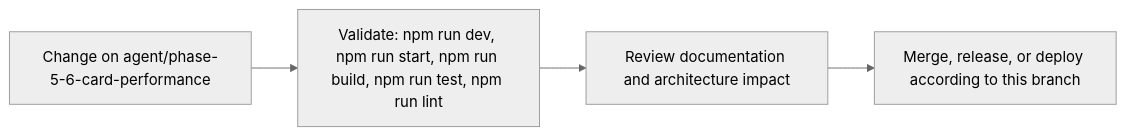
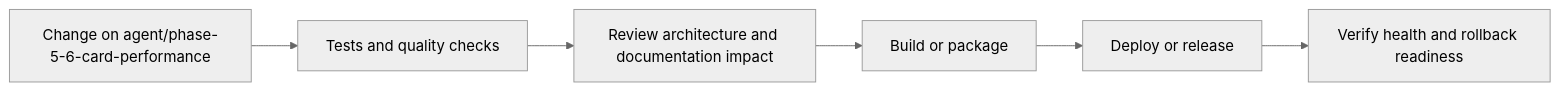
One commit to Nischhalsubba/BindForge-NW changed the sixth of 7 diagrams in README.md. Above: the diagram before and after it, drawn with Mermaid (neutral theme). The commit also changed other lines of this file, not shown here.

````diff
--- a/README.md
+++ b/README.md
@@ -88,8 +198,8 @@
 ```mermaid
 flowchart LR
-    CHANGE["Change on agent/phase-5-6-card-performance"]
-    CHECK["Validate: npm run dev, npm run start, npm run build, npm run test, npm run lint"]
-    REVIEW["Review documentation and architecture impact"]
-    RELEASE["Merge, release, or deploy according to this branch"]
-    CHANGE --> CHECK --> REVIEW --> RELEASE
+    CHANGE["Change on agent/phase-5-6-card-performance"] --> CHECK["Tests and quality checks"]
+    CHECK --> REVIEW["Review architecture and documentation impact"]
+    REVIEW --> BUILD["Build or package"]
+    BUILD --> DEPLOY["Deploy or release"]
+    DEPLOY --> VERIFY["Verify health and rollback readiness"]
 ```
````
